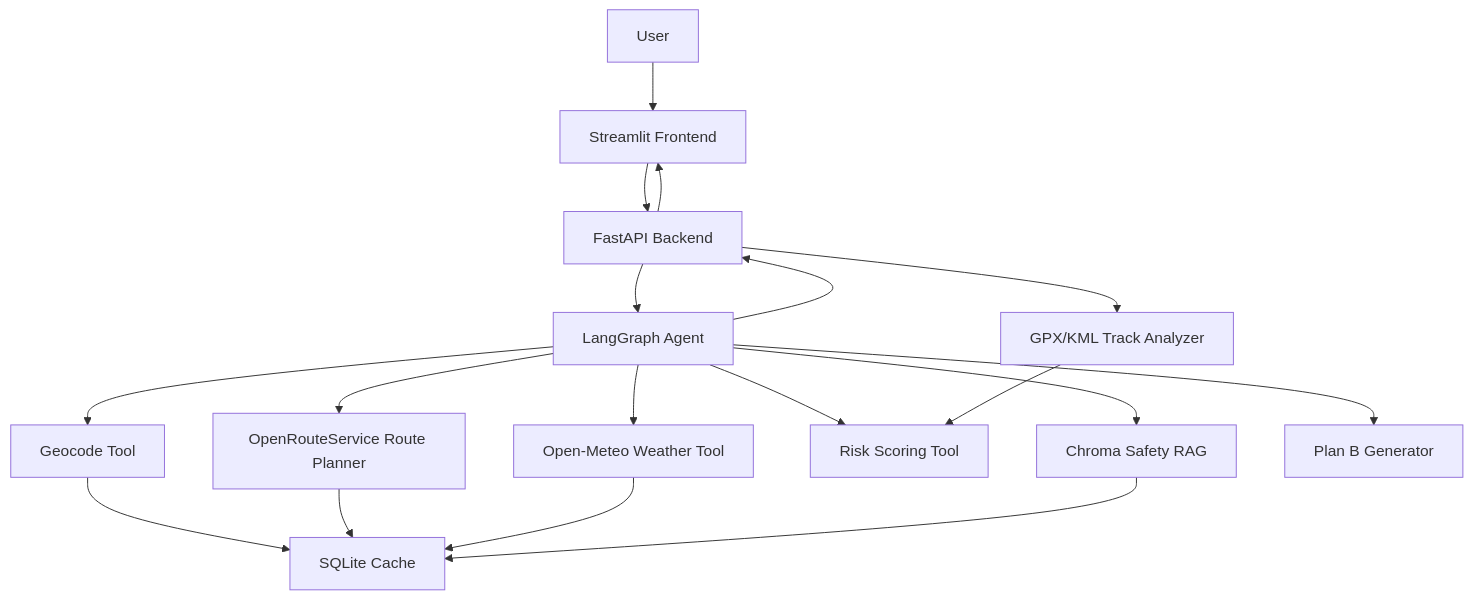
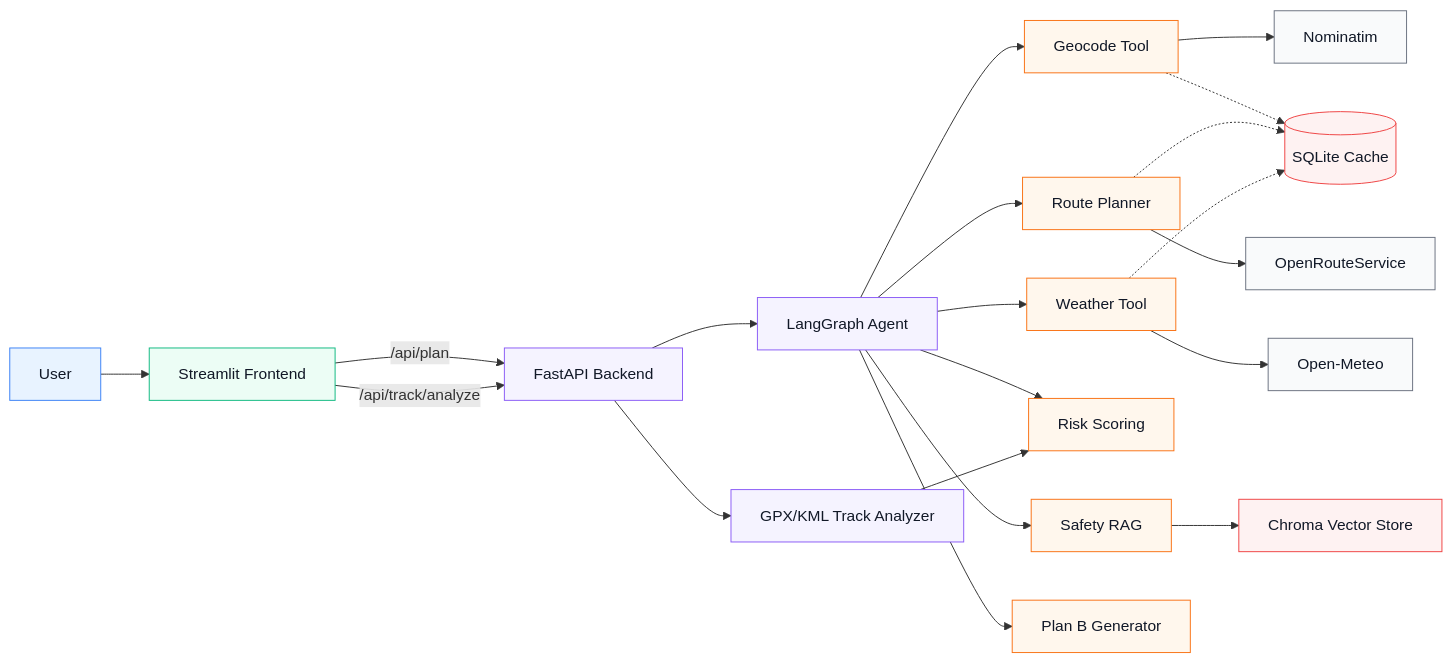
The first of 2 diagrams in README.md (3085233894-hub/trailmind-agent), drawn with Mermaid before and after one commit. The commit also changed other lines of this file, not shown here.

Commit message:
docs: align README with current project status

````diff
--- a/README.md
+++ b/README.md
@@ -117,24 +117,42 @@
 ```mermaid
-flowchart TD
-    U[User] --> FE[Streamlit Frontend]
-    FE --> API[FastAPI Backend]
-    API --> G[LangGraph Agent]
+flowchart LR
+    U["User"] --> FE["Streamlit Frontend"]
 
-    G --> GEO[Geocode Tool]
-    G --> ROUTE[OpenRouteService Route Planner]
-    G --> WEATHER[Open-Meteo Weather Tool]
-    G --> RISK[Risk Scoring Tool]
-    G --> RAG[Chroma Safety RAG]
-    G --> PLANB[Plan B Generator]
+    FE -->|"/api/plan"| API["FastAPI Backend"]
+    FE -->|"/api/track/analyze"| API
 
-    GEO --> CACHE[SQLite Cache]
-    ROUTE --> CACHE
-    WEATHER --> CACHE
-    RAG --> CACHE
+    API --> AGENT["LangGraph Agent"]
+    API --> TRACK["GPX/KML Track Analyzer"]
 
-    API --> TRACK[GPX/KML Track Analyzer]
+    AGENT --> GEO["Geocode Tool"]
+    AGENT --> ROUTE["Route Planner"]
+    AGENT --> WEATHER["Weather Tool"]
+    AGENT --> RISK["Risk Scoring"]
+    AGENT --> RAG["Safety RAG"]
+    AGENT --> PLANB["Plan B Generator"]
+
     TRACK --> RISK
 
-    G --> API
-    API --> FE
+    GEO --> NOM["Nominatim"]
+    ROUTE --> ORS["OpenRouteService"]
+    WEATHER --> OM["Open-Meteo"]
+    RAG --> CHROMA["Chroma Vector Store"]
+
+    GEO -.-> CACHE[("SQLite Cache")]
+    ROUTE -.-> CACHE
+    WEATHER -.-> CACHE
+
+    classDef user fill:#E8F3FF,stroke:#3B82F6,color:#111827;
+    classDef frontend fill:#ECFDF5,stroke:#10B981,color:#111827;
+    classDef backend fill:#F5F3FF,stroke:#8B5CF6,color:#111827;
+    classDef tool fill:#FFF7ED,stroke:#F97316,color:#111827;
+    classDef external fill:#F9FAFB,stroke:#6B7280,color:#111827;
+    classDef storage fill:#FEF2F2,stroke:#EF4444,color:#111827;
+
+    class U user;
+    class FE frontend;
+    class API,AGENT,TRACK backend;
+    class GEO,ROUTE,WEATHER,RISK,RAG,PLANB tool;
+    class NOM,ORS,OM external;
+    class CHROMA,CACHE storage;
 ```
````
